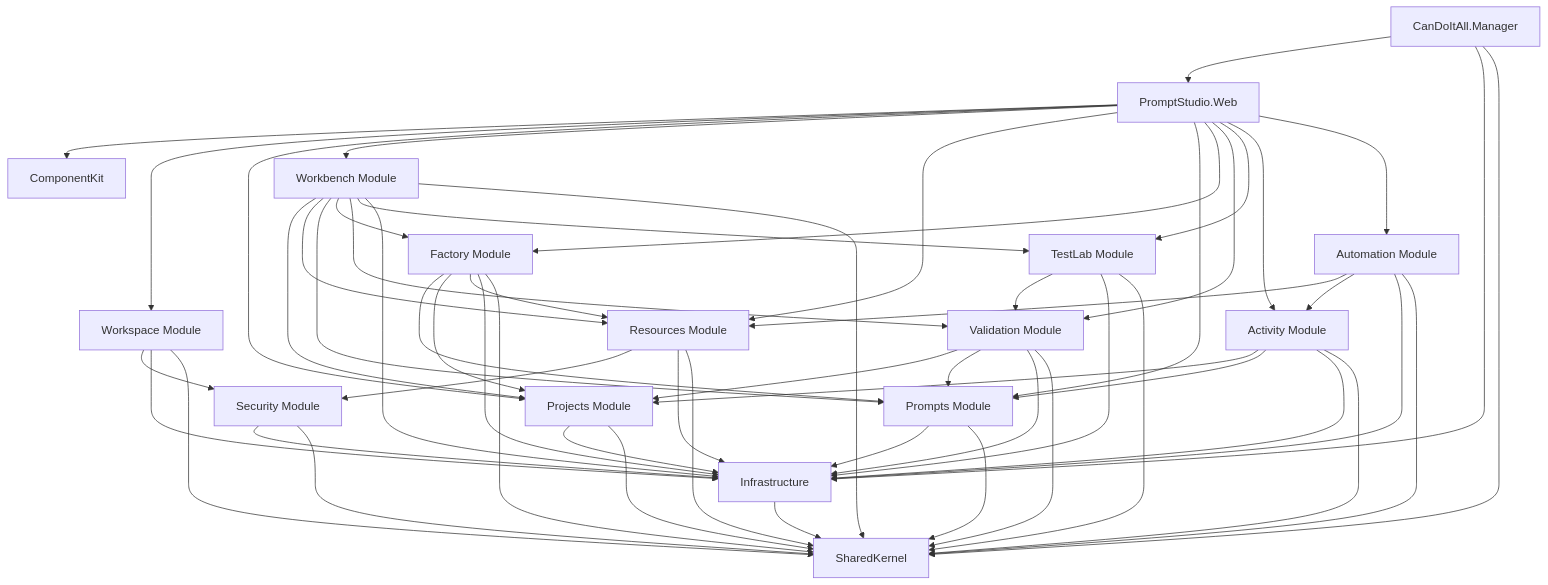
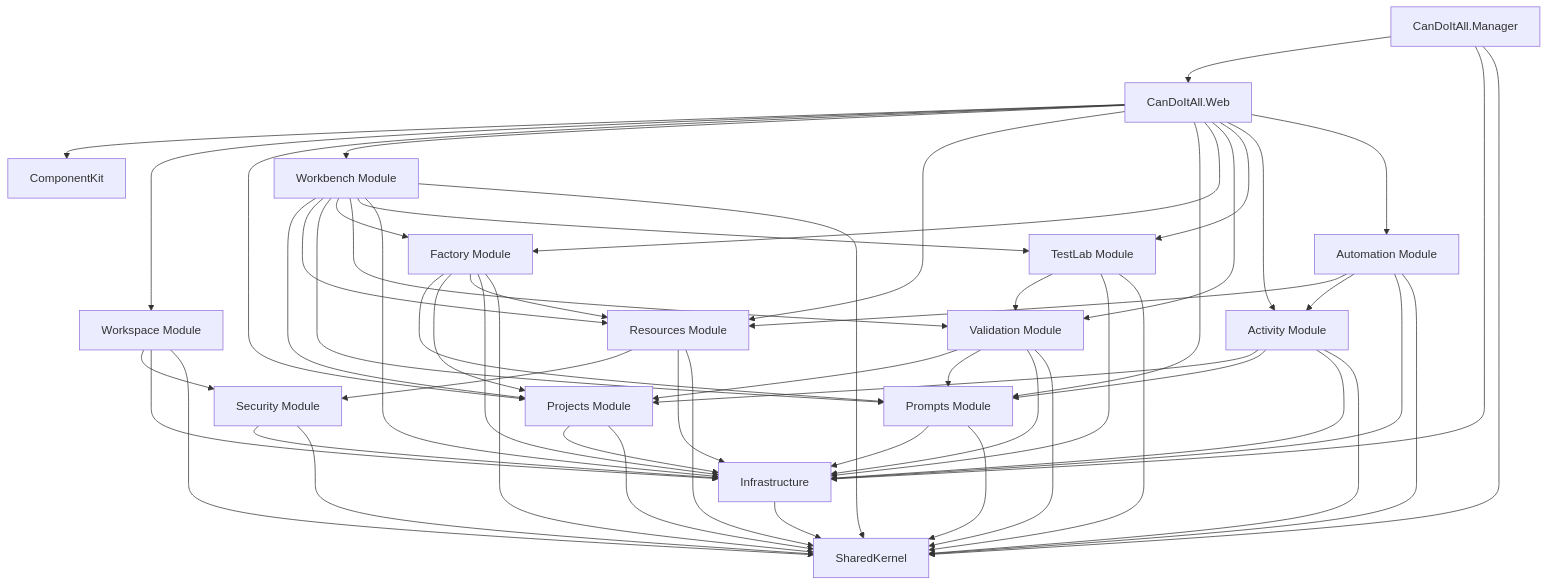
Before and after one commit to fyziktom/CanDoItAll: the diagram in PromptStudio_Architecture_Package/diagrams/02-module-map.mmd, drawn with Mermaid. The commit also changed 24 other files, not shown here.

```diff
--- a/PromptStudio_Architecture_Package/diagrams/02-module-map.mmd
+++ b/PromptStudio_Architecture_Package/diagrams/02-module-map.mmd
@@ -1,78 +1,78 @@
 %% 02-module-map.mmd
 flowchart TB
-    Web["PromptStudio.Web"]
+    Web["CanDoItAll.Web"]
     CK["ComponentKit"]
     SK["SharedKernel"]
     INF["Infrastructure"]
     MAN["CanDoItAll.Manager"]
 
     WS["Workspace Module"]
     SEC["Security Module"]
     PROJ["Projects Module"]
     WB["Workbench Module"]
     RES["Resources Module"]
     PR["Prompts Module"]
     FAC["Factory Module"]
     VAL["Validation Module"]
     TEST["TestLab Module"]
     ACT["Activity Module"]
     AUTO["Automation Module"]
 
     Web --> CK
     Web --> WS
     Web --> PROJ
     Web --> WB
     Web --> RES
     Web --> PR
     Web --> FAC
     Web --> VAL
     Web --> TEST
     Web --> ACT
     Web --> AUTO
     MAN --> Web
     MAN --> INF
     MAN --> SK
 
     WS --> SEC
     RES --> SEC
     WB --> PROJ
     WB --> RES
     WB --> PR
     WB --> FAC
     WB --> VAL
     WB --> TEST
     FAC --> PR
     FAC --> PROJ
     FAC --> RES
     VAL --> PROJ
     VAL --> PR
     TEST --> VAL
     ACT --> PROJ
     ACT --> PR
     AUTO --> RES
     AUTO --> ACT
 
     WS --> INF
     SEC --> INF
     PROJ --> INF
     WB --> INF
     RES --> INF
     PR --> INF
     FAC --> INF
     VAL --> INF
     TEST --> INF
     ACT --> INF
     AUTO --> INF
 
     INF --> SK
     WS --> SK
     SEC --> SK
     PROJ --> SK
     WB --> SK
     RES --> SK
     PR --> SK
     FAC --> SK
     VAL --> SK
     TEST --> SK
     ACT --> SK
     AUTO --> SK
```
